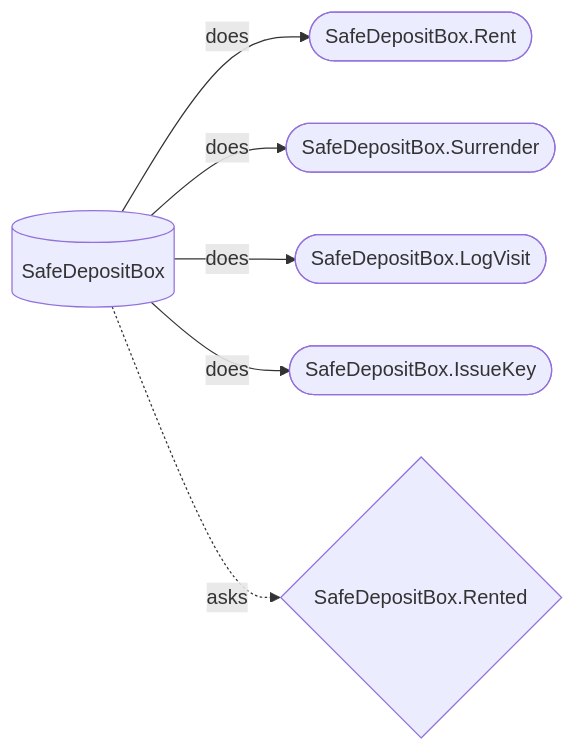
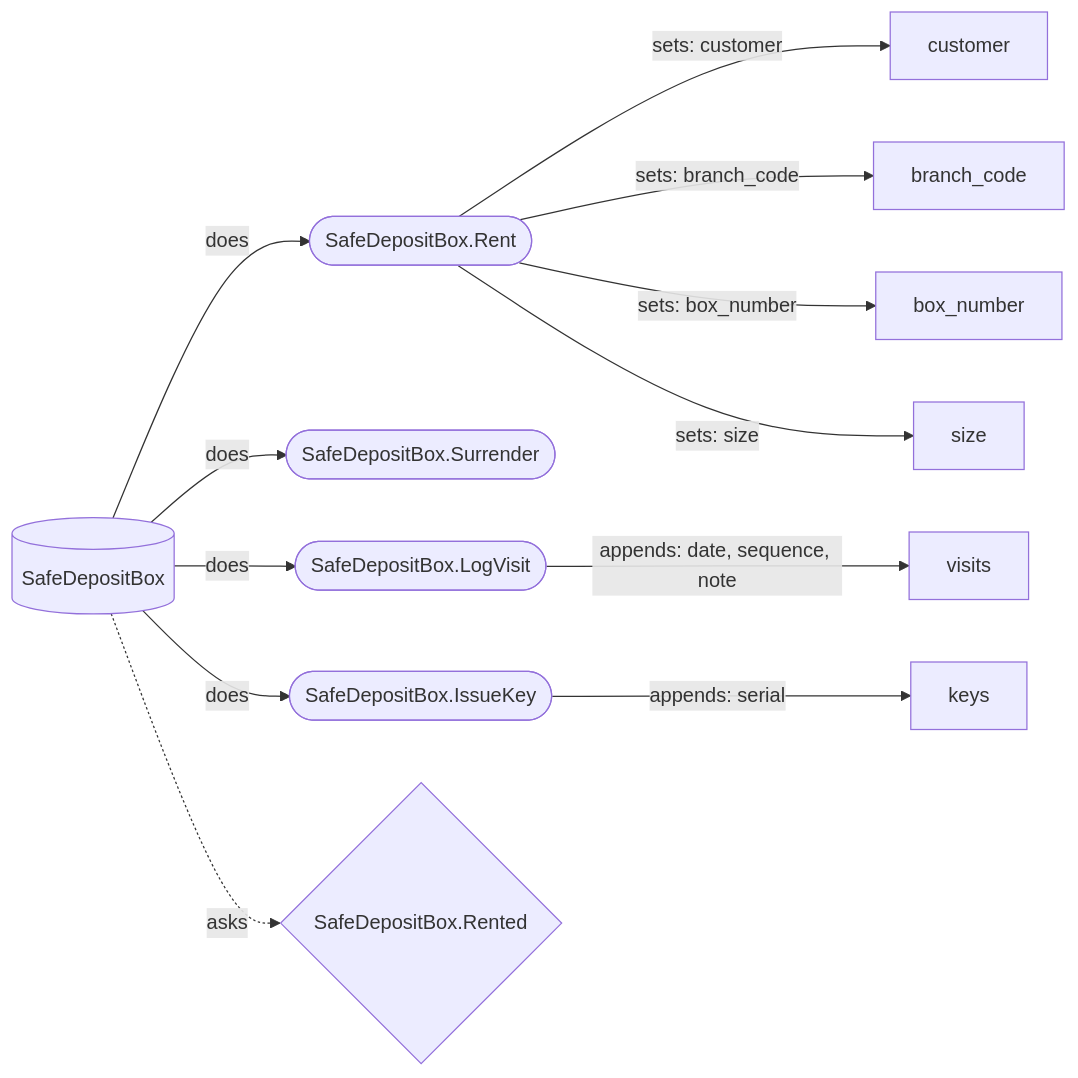
Before and after one commit to chrisyoung/hecks: the diagram in docs/generated/diagrams/banking/SafeDepositBox_surface.mmd, drawn with Mermaid. The commit also changed 16 other files, not shown here.

```diff
--- a/docs/generated/diagrams/banking/SafeDepositBox_surface.mmd
+++ b/docs/generated/diagrams/banking/SafeDepositBox_surface.mmd
@@ -1,8 +1,14 @@
-%% GENERATED by bin/project_diagrams from SafeDepositBox's own declared commands and queries — DO NOT EDIT BY HAND.
+%% GENERATED by bin/project_diagrams from SafeDepositBox's own declared commands (and what each writes) and queries — DO NOT EDIT BY HAND.
 %% Re-run `bin/project_diagrams <domain-path> Banking` after any change.
 flowchart LR
     SafeDepositBox[(SafeDepositBox)] -->|does| cmd_SafeDepositBox_Rent(["SafeDepositBox.Rent"])
     SafeDepositBox[(SafeDepositBox)] -->|does| cmd_SafeDepositBox_Surrender(["SafeDepositBox.Surrender"])
     SafeDepositBox[(SafeDepositBox)] -->|does| cmd_SafeDepositBox_LogVisit(["SafeDepositBox.LogVisit"])
     SafeDepositBox[(SafeDepositBox)] -->|does| cmd_SafeDepositBox_IssueKey(["SafeDepositBox.IssueKey"])
+    cmd_SafeDepositBox_Rent(["SafeDepositBox.Rent"]) -->|"sets: customer"| attr_SafeDepositBox_customer[customer]
+    cmd_SafeDepositBox_Rent(["SafeDepositBox.Rent"]) -->|"sets: branch_code"| attr_SafeDepositBox_branch_code[branch_code]
+    cmd_SafeDepositBox_Rent(["SafeDepositBox.Rent"]) -->|"sets: box_number"| attr_SafeDepositBox_box_number[box_number]
+    cmd_SafeDepositBox_Rent(["SafeDepositBox.Rent"]) -->|"sets: size"| attr_SafeDepositBox_size[size]
+    cmd_SafeDepositBox_LogVisit(["SafeDepositBox.LogVisit"]) -->|"appends: date, sequence, note"| attr_SafeDepositBox_visits[visits]
+    cmd_SafeDepositBox_IssueKey(["SafeDepositBox.IssueKey"]) -->|"appends: serial"| attr_SafeDepositBox_keys[keys]
     SafeDepositBox[(SafeDepositBox)] -.->|asks| qry_SafeDepositBox_Rented{"SafeDepositBox.Rented"}
```
